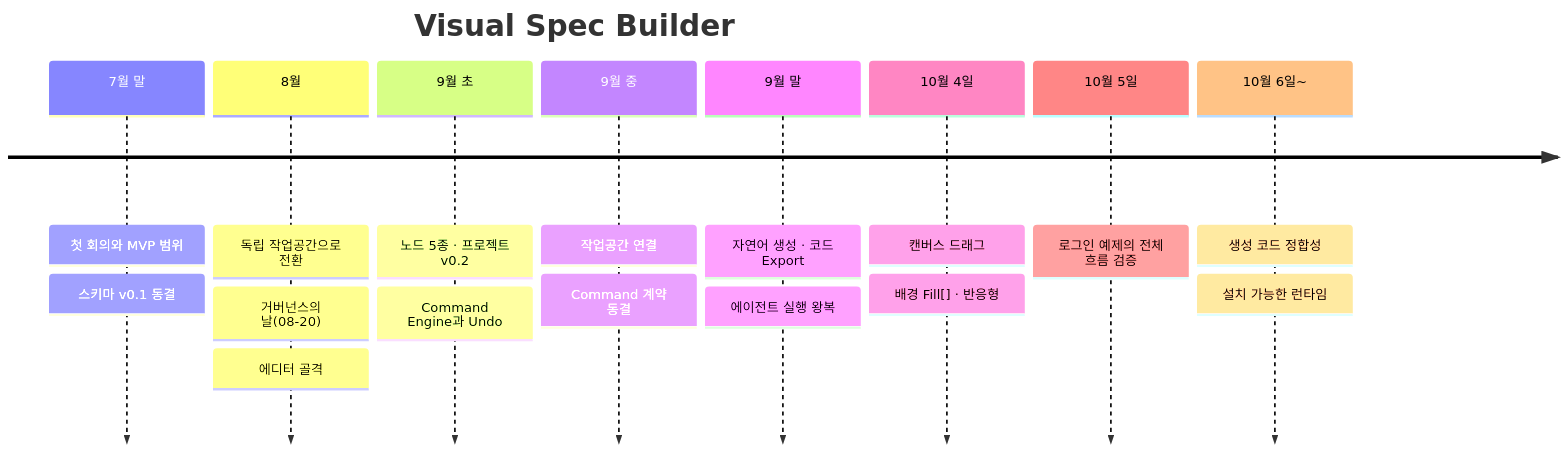
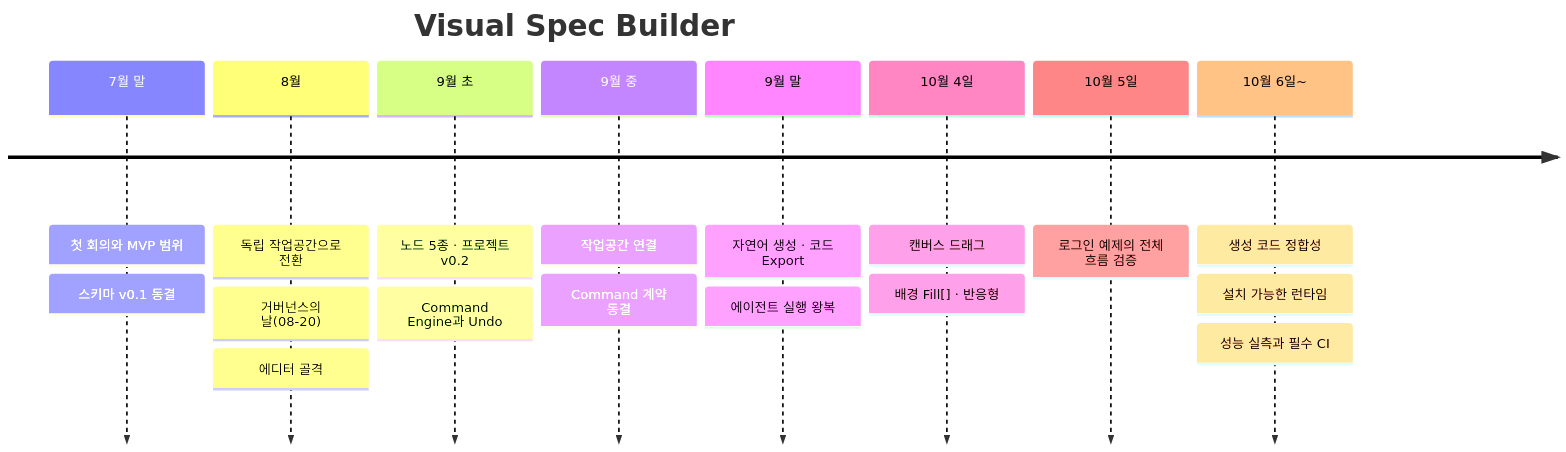
One commit to visual-spec-labs/Visual-Spec-Builder changed the diagram in docs/history/README.md. Above: the diagram before and after it, drawn with Mermaid. The commit also changed other lines of this file and 7 other files, not shown here.

````diff
--- a/docs/history/README.md
+++ b/docs/history/README.md
@@ -23,12 +23,12 @@
 ```mermaid
 timeline
     title Visual Spec Builder
     7월 말 : 첫 회의와 MVP 범위 : 스키마 v0.1 동결
     8월 : 독립 작업공간으로 전환 : 거버넌스의 날(08-20) : 에디터 골격
     9월 초 : 노드 5종 · 프로젝트 v0.2 : Command Engine과 Undo
     9월 중 : 작업공간 연결 : Command 계약 동결
     9월 말 : 자연어 생성 · 코드 Export : 에이전트 실행 왕복
     10월 4일 : 캔버스 드래그 : 배경 Fill[] · 반응형
     10월 5일 : 로그인 예제의 전체 흐름 검증
-    10월 6일~ : 생성 코드 정합성 : 설치 가능한 런타임
+    10월 6일~ : 생성 코드 정합성 : 설치 가능한 런타임 : 성능 실측과 필수 CI
 ```
````
